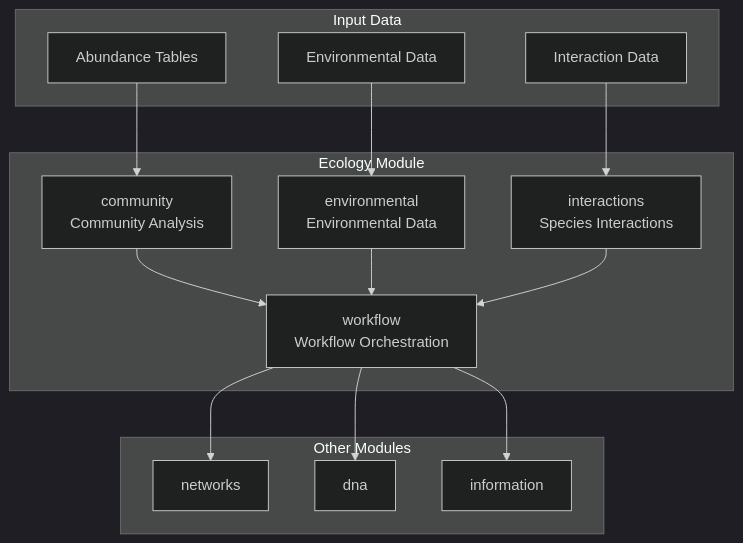
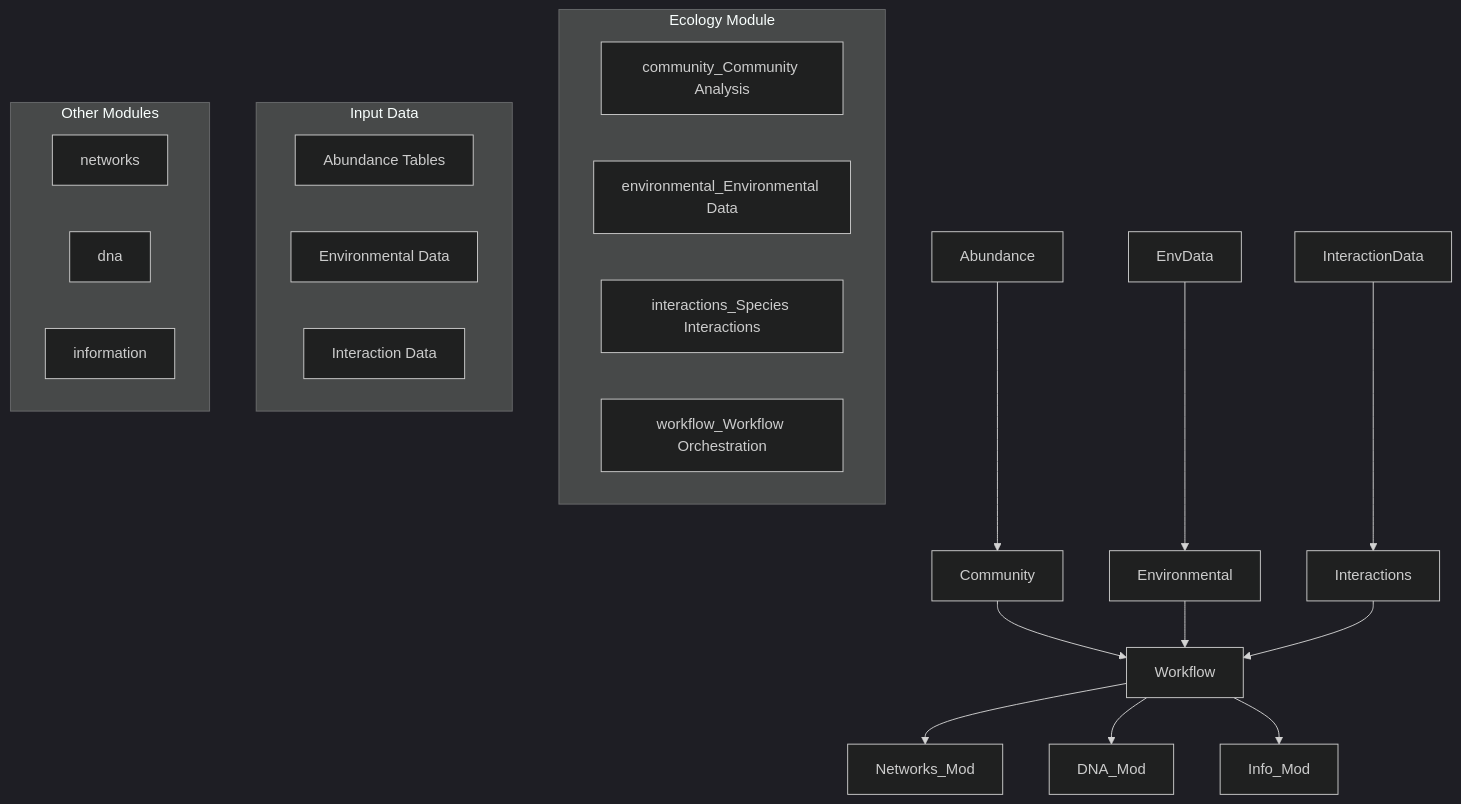
One commit to docxology/MetaInformAnt changed the first of 7 diagrams in src/metainformant/ecology/README.md. Above: the diagram before and after it, drawn with Mermaid (dark theme). The commit also changed other lines of this file and 611 other files, not shown here.

````diff
--- a/src/metainformant/ecology/README.md
+++ b/src/metainformant/ecology/README.md
@@ -11,31 +11,31 @@
 ```mermaid
 graph TB
     subgraph "Ecology Module"
-        Community[community<br/>Community Analysis]
-        Environmental[environmental<br/>Environmental Data]
-        Interactions[interactions<br/>Species Interactions]
-        Workflow[workflow<br/>Workflow Orchestration]
+        CommunitycommunityCommunityAnalysis[community_Community Analysis]
+        EnvironmentalenvironmentalEnvironmentalData[environmental_Environmental Data]
+        InteractionsinteractionsSpeciesInteractions[interactions_Species Interactions]
+        WorkflowworkflowWorkflowOrchestration[workflow_Workflow Orchestration]
     end
     
     subgraph "Input Data"
-        Abundance[Abundance Tables]
-        EnvData[Environmental Data]
-        InteractionData[Interaction Data]
+        AbundanceabundanceTables[Abundance Tables]
+        EnvDataenvironmentalData[Environmental Data]
+        InteractionDatainteractionData[Interaction Data]
     end
     
     subgraph "Other Modules"
-        Networks_Mod[networks]
-        DNA_Mod[dna]
-        Info_Mod[information]
+        networks[networks]
+        dna[dna]
+        information[information]
     end
     
     Abundance --> Community
     EnvData --> Environmental
     InteractionData --> Interactions
     Community --> Workflow
     Environmental --> Workflow
     Interactions --> Workflow
     Workflow --> Networks_Mod
     Workflow --> DNA_Mod
     Workflow --> Info_Mod
 ```
````
